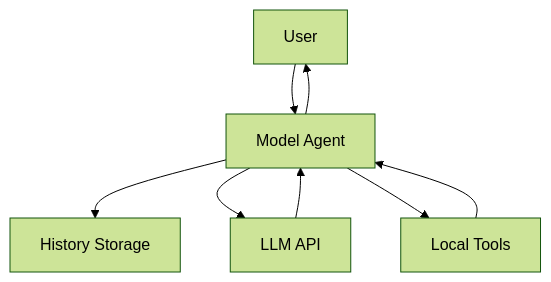
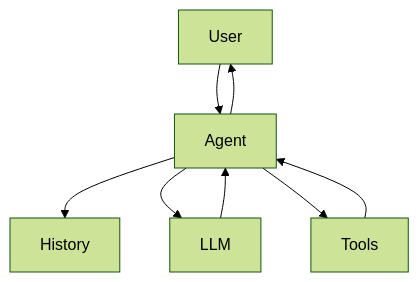
Before and after one commit to BlueCentre/cli-code: the seventh of 8 diagrams in docs/architecture.md, drawn with Mermaid (forest theme). The commit also changed other lines of this file, not shown here.

Commit message:
docs: Use GitHub's recommended syntax for Mermaid diagrams

````diff
--- a/docs/architecture.md
+++ b/docs/architecture.md
@@ -247,16 +247,10 @@
 ```mermaid
-flowchart TD
+graph TD
     User-->Agent
     Agent-->History
     Agent-->LLM
     LLM-->Agent
     Agent-->Tools
     Tools-->Agent
     Agent-->User
-    
-    User[User]
-    Agent[Model Agent]
-    History[History Storage]
-    LLM[LLM API]
-    Tools[Local Tools]
 ```
````
